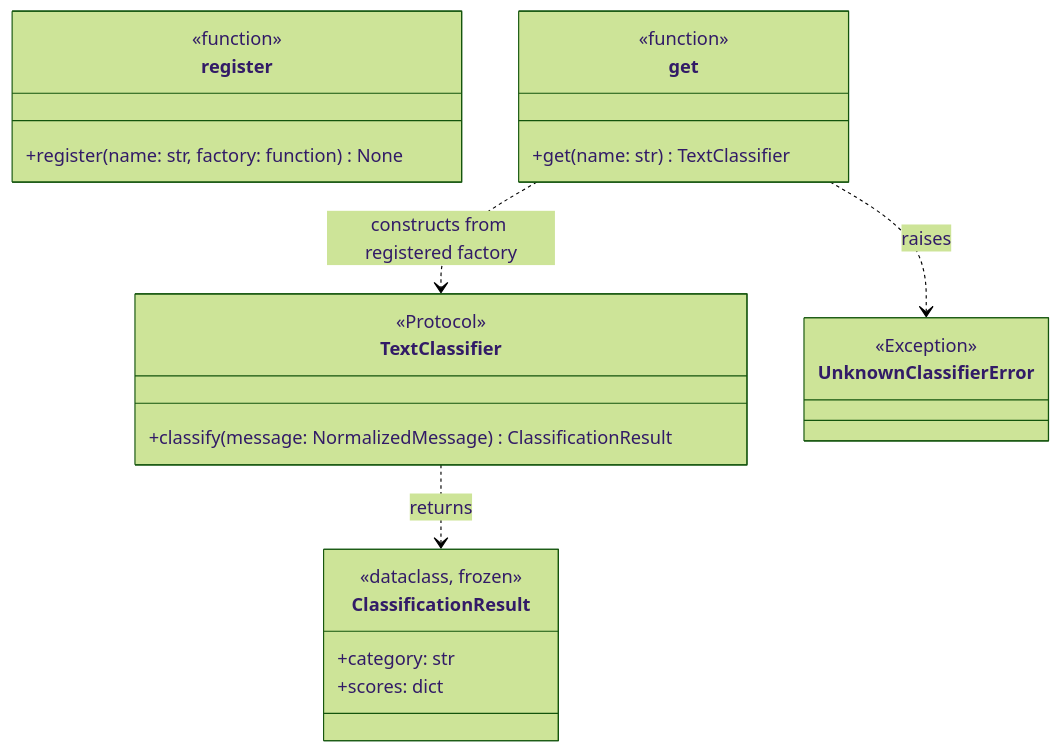
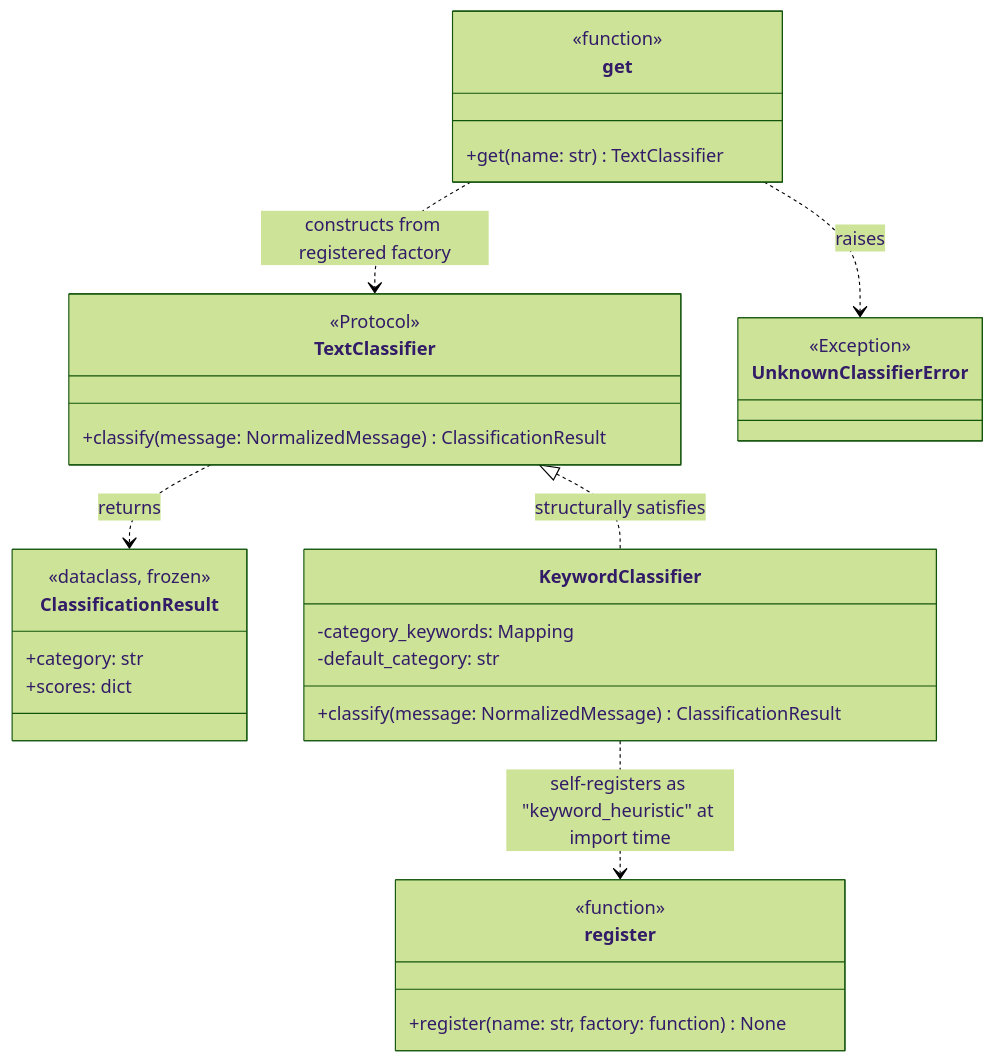
Diagram 12 of 42 in docs/DESIGN.md (Stainless5166/friendly-octo-spork), drawn with Mermaid (forest theme) before and after one commit. The commit also changed other lines of this file and 2 other files, not shown here.

First line of the commit message:
docs: sync KeywordClassifier — the default local classifier (item 4)

````diff
--- a/docs/DESIGN.md
+++ b/docs/DESIGN.md
@@ -1159,25 +1159,32 @@
 ```mermaid
 classDiagram
     class ClassificationResult {
         <<dataclass, frozen>>
         +category: str
         +scores: dict
     }
     class TextClassifier {
         <<Protocol>>
         +classify(message: NormalizedMessage) ClassificationResult
     }
     class UnknownClassifierError { <<Exception>> }
     class register {
         <<function>>
         +register(name: str, factory: function) None
     }
     class get {
         <<function>>
         +get(name: str) TextClassifier
     }
+    class KeywordClassifier {
+        -category_keywords: Mapping
+        -default_category: str
+        +classify(message: NormalizedMessage) ClassificationResult
+    }
 
     TextClassifier ..> ClassificationResult : returns
     get ..> TextClassifier : constructs from registered factory
     get ..> UnknownClassifierError : raises
+    TextClassifier <|.. KeywordClassifier : structurally satisfies
+    KeywordClassifier ..> register : self-registers as "keyword_heuristic" at import time
 ```
````
